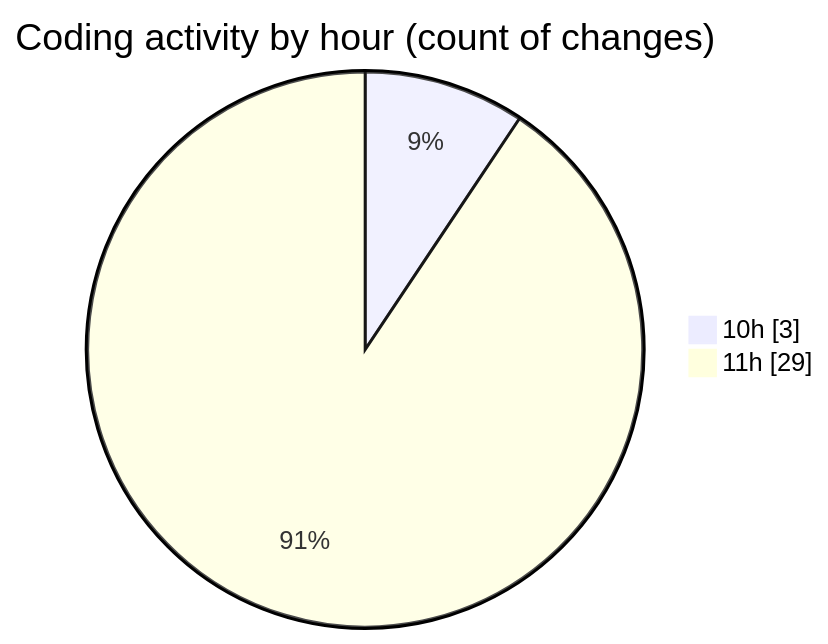
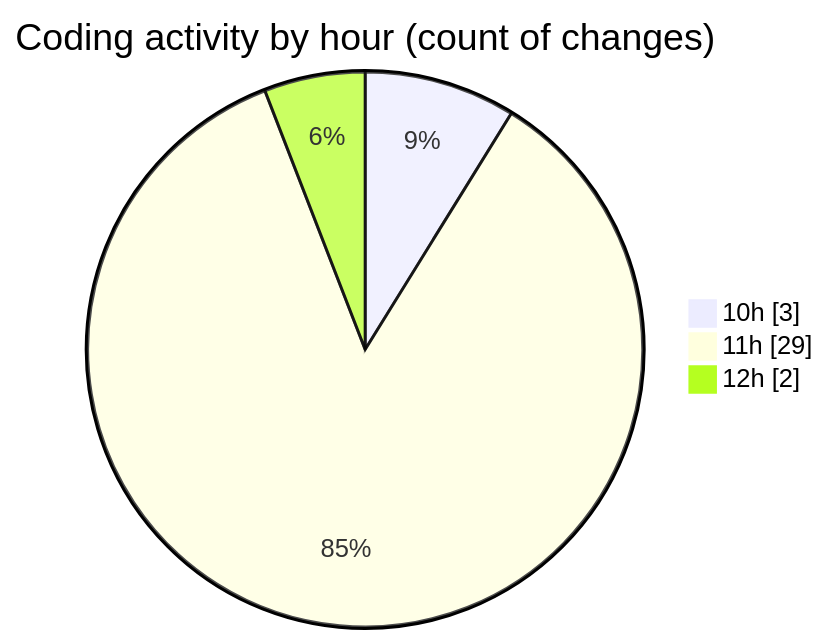
One commit to EIIisD/code-tracking changed the second of 2 diagrams in 2025-08-14/ribbon/README.md. Above: the diagram before and after it, drawn with Mermaid. The commit also changed other lines of this file and 1 other file, not shown here.

````diff
--- a/2025-08-14/ribbon/README.md
+++ b/2025-08-14/ribbon/README.md
@@ -37,6 +37,7 @@
 ```mermaid
 pie showData
 title Coding activity by hour (count of changes)
 "10h" : 3
 "11h" : 29
+"12h" : 2
 ```
````
